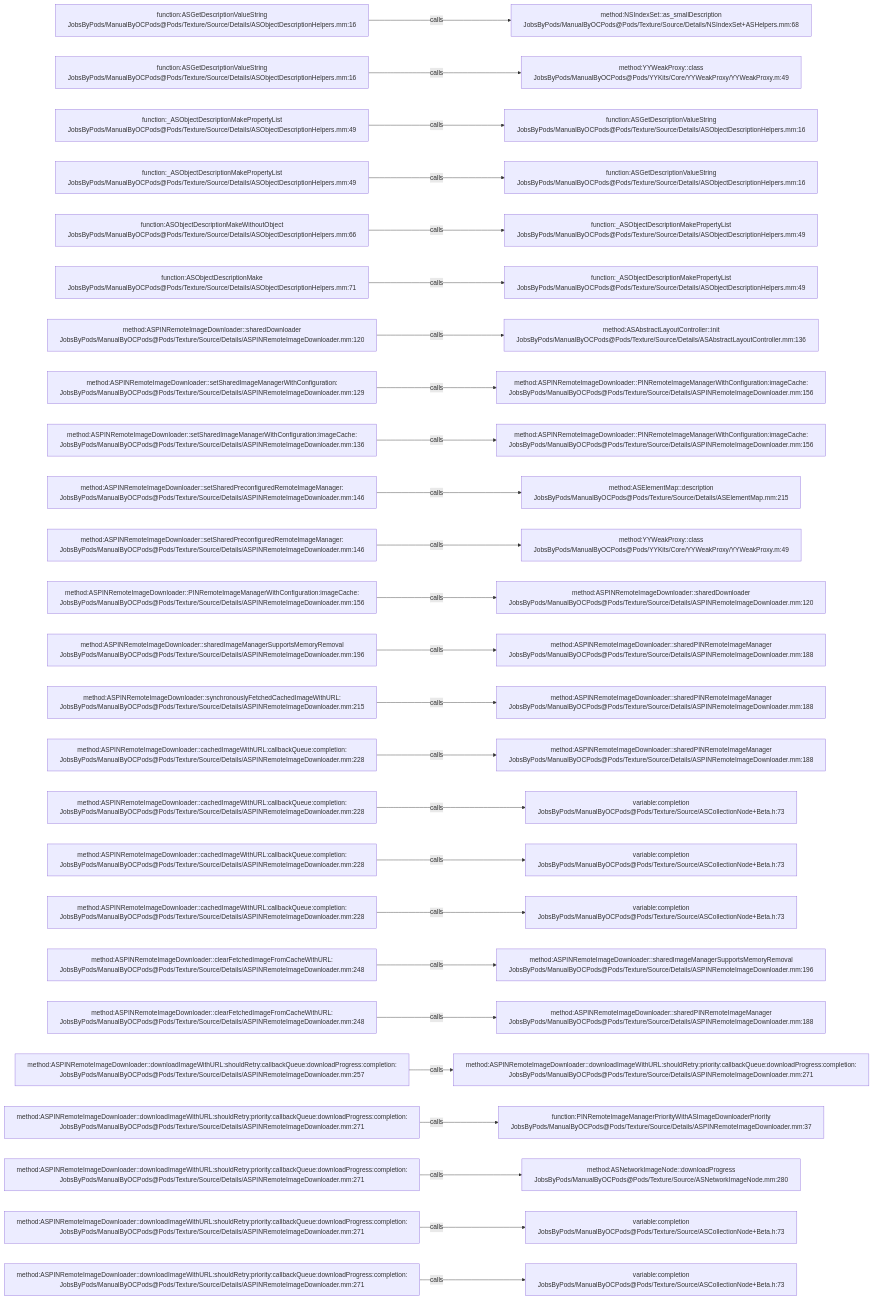
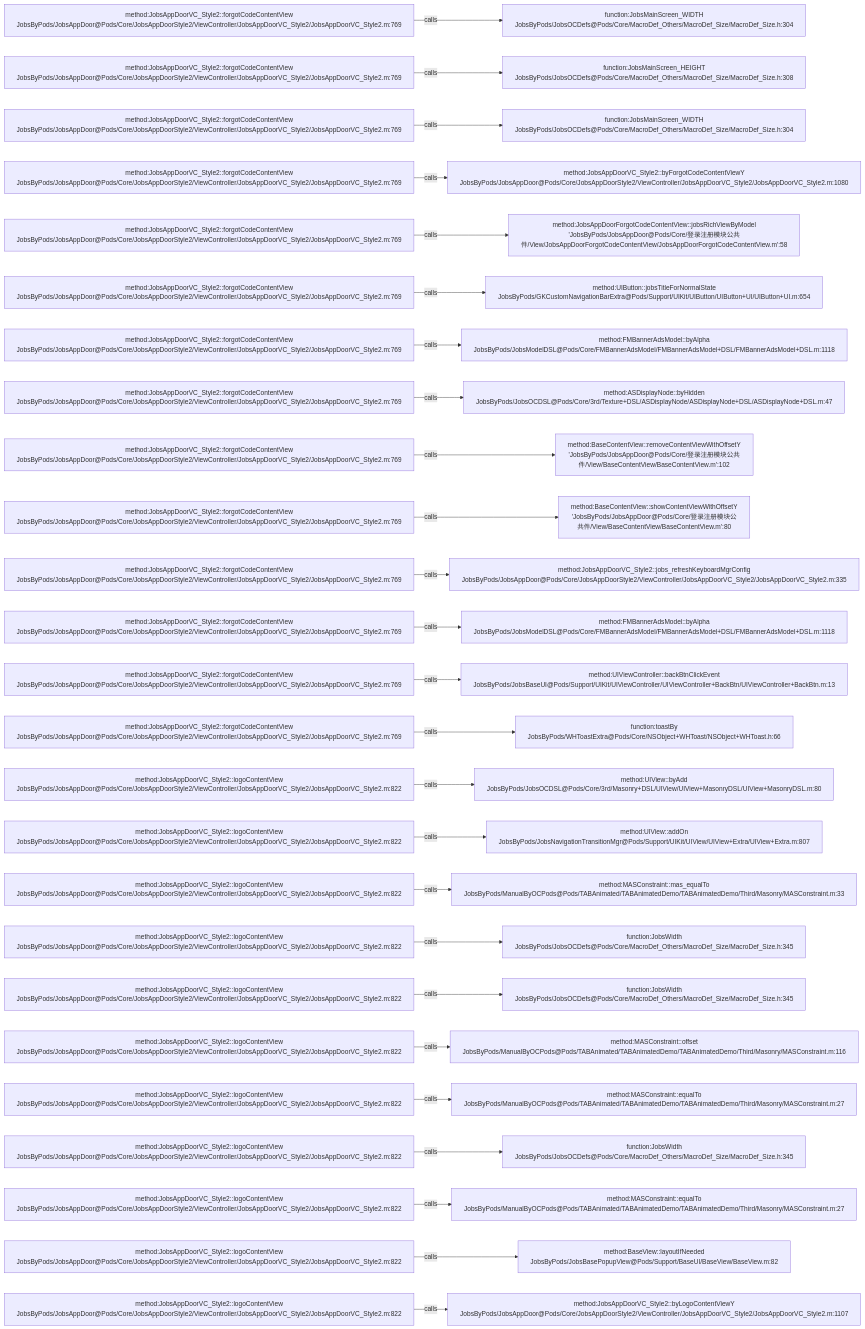
The diagram in .codegraph/codegraph.md/graphs/calls-145.md (JobsKits/JobsOCBaseConfigDemo), drawn with Mermaid before and after one commit. The commit also changed 768 other files, not shown here.

````diff
--- a/.codegraph/codegraph.md/graphs/calls-145.md
+++ b/.codegraph/codegraph.md/graphs/calls-145.md
@@ -13,78 +13,78 @@
 ```mermaid
 flowchart LR
-  S1["function:ASGetDescriptionValueString<br/>JobsByPods/ManualByOCPods@Pods/Texture/Source/Details/ASObjectDescriptionHelpers.mm:16"]
-  T1["method:NSIndexSet::as_smallDescription<br/>JobsByPods/ManualByOCPods@Pods/Texture/Source/Details/NSIndexSet+ASHelpers.mm:68"]
+  S1["method:JobsAppDoorVC_Style2::forgotCodeContentView<br/>JobsByPods/JobsAppDoor@Pods/Core/JobsAppDoorStyle2/ViewController/JobsAppDoorVC_Style2/JobsAppDoorVC_Style2.m:769"]
+  T1["function:JobsMainScreen_WIDTH<br/>JobsByPods/JobsOCDefs@Pods/Core/MacroDef_Others/MacroDef_Size/MacroDef_Size.h:304"]
   S1 -->|calls| T1
-  S2["function:ASGetDescriptionValueString<br/>JobsByPods/ManualByOCPods@Pods/Texture/Source/Details/ASObjectDescriptionHelpers.mm:16"]
-  T2["method:YYWeakProxy::class<br/>JobsByPods/ManualByOCPods@Pods/YYKits/Core/YYWeakProxy/YYWeakProxy.m:49"]
+  S2["method:JobsAppDoorVC_Style2::forgotCodeContentView<br/>JobsByPods/JobsAppDoor@Pods/Core/JobsAppDoorStyle2/ViewController/JobsAppDoorVC_Style2/JobsAppDoorVC_Style2.m:769"]
+  T2["function:JobsMainScreen_HEIGHT<br/>JobsByPods/JobsOCDefs@Pods/Core/MacroDef_Others/MacroDef_Size/MacroDef_Size.h:308"]
   S2 -->|calls| T2
-  S3["function:_ASObjectDescriptionMakePropertyList<br/>JobsByPods/ManualByOCPods@Pods/Texture/Source/Details/ASObjectDescriptionHelpers.mm:49"]
-  T3["function:ASGetDescriptionValueString<br/>JobsByPods/ManualByOCPods@Pods/Texture/Source/Details/ASObjectDescriptionHelpers.mm:16"]
+  S3["method:JobsAppDoorVC_Style2::forgotCodeContentView<br/>JobsByPods/JobsAppDoor@Pods/Core/JobsAppDoorStyle2/ViewController/JobsAppDoorVC_Style2/JobsAppDoorVC_Style2.m:769"]
+  T3["function:JobsMainScreen_WIDTH<br/>JobsByPods/JobsOCDefs@Pods/Core/MacroDef_Others/MacroDef_Size/MacroDef_Size.h:304"]
   S3 -->|calls| T3
-  S4["function:_ASObjectDescriptionMakePropertyList<br/>JobsByPods/ManualByOCPods@Pods/Texture/Source/Details/ASObjectDescriptionHelpers.mm:49"]
-  T4["function:ASGetDescriptionValueString<br/>JobsByPods/ManualByOCPods@Pods/Texture/Source/Details/ASObjectDescriptionHelpers.mm:16"]
+  S4["method:JobsAppDoorVC_Style2::forgotCodeContentView<br/>JobsByPods/JobsAppDoor@Pods/Core/JobsAppDoorStyle2/ViewController/JobsAppDoorVC_Style2/JobsAppDoorVC_Style2.m:769"]
+  T4["method:JobsAppDoorVC_Style2::byForgotCodeContentViewY<br/>JobsByPods/JobsAppDoor@Pods/Core/JobsAppDoorStyle2/ViewController/JobsAppDoorVC_Style2/JobsAppDoorVC_Style2.m:1080"]
   S4 -->|calls| T4
-  S5["function:ASObjectDescriptionMakeWithoutObject<br/>JobsByPods/ManualByOCPods@Pods/Texture/Source/Details/ASObjectDescriptionHelpers.mm:66"]
-  T5["function:_ASObjectDescriptionMakePropertyList<br/>JobsByPods/ManualByOCPods@Pods/Texture/Source/Details/ASObjectDescriptionHelpers.mm:49"]
+  S5["method:JobsAppDoorVC_Style2::forgotCodeContentView<br/>JobsByPods/JobsAppDoor@Pods/Core/JobsAppDoorStyle2/ViewController/JobsAppDoorVC_Style2/JobsAppDoorVC_Style2.m:769"]
+  T5["method:JobsAppDoorForgotCodeContentView::jobsRichViewByModel<br/>'JobsByPods/JobsAppDoor@Pods/Core/登录注册模块公共件/View/JobsAppDoorForgotCodeContentView/JobsAppDoorForgotCodeContentView.m':58"]
   S5 -->|calls| T5
-  S6["function:ASObjectDescriptionMake<br/>JobsByPods/ManualByOCPods@Pods/Texture/Source/Details/ASObjectDescriptionHelpers.mm:71"]
-  T6["function:_ASObjectDescriptionMakePropertyList<br/>JobsByPods/ManualByOCPods@Pods/Texture/Source/Details/ASObjectDescriptionHelpers.mm:49"]
+  S6["method:JobsAppDoorVC_Style2::forgotCodeContentView<br/>JobsByPods/JobsAppDoor@Pods/Core/JobsAppDoorStyle2/ViewController/JobsAppDoorVC_Style2/JobsAppDoorVC_Style2.m:769"]
+  T6["method:UIButton::jobsTitleForNormalState<br/>JobsByPods/GKCustomNavigationBarExtra@Pods/Support/UIKit/UIButton/UIButton+UI/UIButton+UI.m:654"]
   S6 -->|calls| T6
-  S7["method:ASPINRemoteImageDownloader::sharedDownloader<br/>JobsByPods/ManualByOCPods@Pods/Texture/Source/Details/ASPINRemoteImageDownloader.mm:120"]
-  T7["method:ASAbstractLayoutController::init<br/>JobsByPods/ManualByOCPods@Pods/Texture/Source/Details/ASAbstractLayoutController.mm:136"]
+  S7["method:JobsAppDoorVC_Style2::forgotCodeContentView<br/>JobsByPods/JobsAppDoor@Pods/Core/JobsAppDoorStyle2/ViewController/JobsAppDoorVC_Style2/JobsAppDoorVC_Style2.m:769"]
+  T7["method:FMBannerAdsModel::byAlpha<br/>JobsByPods/JobsModelDSL@Pods/Core/FMBannerAdsModel/FMBannerAdsModel+DSL/FMBannerAdsModel+DSL.m:1118"]
   S7 -->|calls| T7
-  S8["method:ASPINRemoteImageDownloader::setSharedImageManagerWithConfiguration:<br/>JobsByPods/ManualByOCPods@Pods/Texture/Source/Details/ASPINRemoteImageDownloader.mm:129"]
-  T8["method:ASPINRemoteImageDownloader::PINRemoteImageManagerWithConfiguration:imageCache:<br/>JobsByPods/ManualByOCPods@Pods/Texture/Source/Details/ASPINRemoteImageDownloader.mm:156"]
+  S8["method:JobsAppDoorVC_Style2::forgotCodeContentView<br/>JobsByPods/JobsAppDoor@Pods/Core/JobsAppDoorStyle2/ViewController/JobsAppDoorVC_Style2/JobsAppDoorVC_Style2.m:769"]
+  T8["method:ASDisplayNode::byHidden<br/>JobsByPods/JobsOCDSL@Pods/Core/3rd/Texture+DSL/ASDisplayNode/ASDisplayNode+DSL/ASDisplayNode+DSL.m:47"]
   S8 -->|calls| T8
-  S9["method:ASPINRemoteImageDownloader::setSharedImageManagerWithConfiguration:imageCache:<br/>JobsByPods/ManualByOCPods@Pods/Texture/Source/Details/ASPINRemoteImageDownloader.mm:136"]
-  T9["method:ASPINRemoteImageDownloader::PINRemoteImageManagerWithConfiguration:imageCache:<br/>JobsByPods/ManualByOCPods@Pods/Texture/Source/Details/ASPINRemoteImageDownloader.mm:156"]
+  S9["method:JobsAppDoorVC_Style2::forgotCodeContentView<br/>JobsByPods/JobsAppDoor@Pods/Core/JobsAppDoorStyle2/ViewController/JobsAppDoorVC_Style2/JobsAppDoorVC_Style2.m:769"]
+  T9["method:BaseContentView::removeContentViewWithOffsetY<br/>'JobsByPods/JobsAppDoor@Pods/Core/登录注册模块公共件/View/BaseContentView/BaseContentView.m':102"]
   S9 -->|calls| T9
-  S10["method:ASPINRemoteImageDownloader::setSharedPreconfiguredRemoteImageManager:<br/>JobsByPods/ManualByOCPods@Pods/Texture/Source/Details/ASPINRemoteImageDownloader.mm:146"]
-  T10["method:ASElementMap::description<br/>JobsByPods/ManualByOCPods@Pods/Texture/Source/Details/ASElementMap.mm:215"]
+  S10["method:JobsAppDoorVC_Style2::forgotCodeContentView<br/>JobsByPods/JobsAppDoor@Pods/Core/JobsAppDoorStyle2/ViewController/JobsAppDoorVC_Style2/JobsAppDoorVC_Style2.m:769"]
+  T10["method:BaseContentView::showContentViewWithOffsetY<br/>'JobsByPods/JobsAppDoor@Pods/Core/登录注册模块公共件/View/BaseContentView/BaseContentView.m':80"]
   S10 -->|calls| T10
-  S11["method:ASPINRemoteImageDownloader::setSharedPreconfiguredRemoteImageManager:<br/>JobsByPods/ManualByOCPods@Pods/Texture/Source/Details/ASPINRemoteImageDownloader.mm:146"]
-  T11["method:YYWeakProxy::class<br/>JobsByPods/ManualByOCPods@Pods/YYKits/Core/YYWeakProxy/YYWeakProxy.m:49"]
+  S11["method:JobsAppDoorVC_Style2::forgotCodeContentView<br/>JobsByPods/JobsAppDoor@Pods/Core/JobsAppDoorStyle2/ViewController/JobsAppDoorVC_Style2/JobsAppDoorVC_Style2.m:769"]
+  T11["method:JobsAppDoorVC_Style2::jobs_refreshKeyboardMgrConfig<br/>JobsByPods/JobsAppDoor@Pods/Core/JobsAppDoorStyle2/ViewController/JobsAppDoorVC_Style2/JobsAppDoorVC_Style2.m:335"]
   S11 -->|calls| T11
-  S12["method:ASPINRemoteImageDownloader::PINRemoteImageManagerWithConfiguration:imageCache:<br/>JobsByPods/ManualByOCPods@Pods/Texture/Source/Details/ASPINRemoteImageDownloader.mm:156"]
-  T12["method:ASPINRemoteImageDownloader::sharedDownloader<br/>JobsByPods/ManualByOCPods@Pods/Texture/Source/Details/ASPINRemoteImageDownloader.mm:120"]
+  S12["method:JobsAppDoorVC_Style2::forgotCodeContentView<br/>JobsByPods/JobsAppDoor@Pods/Core/JobsAppDoorStyle2/ViewController/JobsAppDoorVC_Style2/JobsAppDoorVC_Style2.m:769"]
+  T12["method:FMBannerAdsModel::byAlpha<br/>JobsByPods/JobsModelDSL@Pods/Core/FMBannerAdsModel/FMBannerAdsModel+DSL/FMBannerAdsModel+DSL.m:1118"]
   S12 -->|calls| T12
-  S13["method:ASPINRemoteImageDownloader::sharedImageManagerSupportsMemoryRemoval<br/>JobsByPods/ManualByOCPods@Pods/Texture/Source/Details/ASPINRemoteImageDownloader.mm:196"]
-  T13["method:ASPINRemoteImageDownloader::sharedPINRemoteImageManager<br/>JobsByPods/ManualByOCPods@Pods/Texture/Source/Details/ASPINRemoteImageDownloader.mm:188"]
+  S13["method:JobsAppDoorVC_Style2::forgotCodeContentView<br/>JobsByPods/JobsAppDoor@Pods/Core/JobsAppDoorStyle2/ViewController/JobsAppDoorVC_Style2/JobsAppDoorVC_Style2.m:769"]
+  T13["method:UIViewController::backBtnClickEvent<br/>JobsByPods/JobsBaseUI@Pods/Support/UIKit/UIViewController/UIViewController+BackBtn/UIViewController+BackBtn.m:13"]
   S13 -->|calls| T13
-  S14["method:ASPINRemoteImageDownloader::synchronouslyFetchedCachedImageWithURL:<br/>JobsByPods/ManualByOCPods@Pods/Texture/Source/Details/ASPINRemoteImageDownloader.mm:215"]
-  T14["method:ASPINRemoteImageDownloader::sharedPINRemoteImageManager<br/>JobsByPods/ManualByOCPods@Pods/Texture/Source/Details/ASPINRemoteImageDownloader.mm:188"]
+  S14["method:JobsAppDoorVC_Style2::forgotCodeContentView<br/>JobsByPods/JobsAppDoor@Pods/Core/JobsAppDoorStyle2/ViewController/JobsAppDoorVC_Style2/JobsAppDoorVC_Style2.m:769"]
+  T14["function:toastBy<br/>JobsByPods/WHToastExtra@Pods/Core/NSObject+WHToast/NSObject+WHToast.h:66"]
   S14 -->|calls| T14
-  S15["method:ASPINRemoteImageDownloader::cachedImageWithURL:callbackQueue:completion:<br/>JobsByPods/ManualByOCPods@Pods/Texture/Source/Details/ASPINRemoteImageDownloader.mm:228"]
-  T15["method:ASPINRemoteImageDownloader::sharedPINRemoteImageManager<br/>JobsByPods/ManualByOCPods@Pods/Texture/Source/Details/ASPINRemoteImageDownloader.mm:188"]
+  S15["method:JobsAppDoorVC_Style2::logoContentView<br/>JobsByPods/JobsAppDoor@Pods/Core/JobsAppDoorStyle2/ViewController/JobsAppDoorVC_Style2/JobsAppDoorVC_Style2.m:822"]
+  T15["method:UIView::byAdd<br/>JobsByPods/JobsOCDSL@Pods/Core/3rd/Masonry+DSL/UIView/UIView+MasonryDSL/UIView+MasonryDSL.m:80"]
   S15 -->|calls| T15
-  S16["method:ASPINRemoteImageDownloader::cachedImageWithURL:callbackQueue:completion:<br/>JobsByPods/ManualByOCPods@Pods/Texture/Source/Details/ASPINRemoteImageDownloader.mm:228"]
-  T16["variable:completion<br/>JobsByPods/ManualByOCPods@Pods/Texture/Source/ASCollectionNode+Beta.h:73"]
+  S16["method:JobsAppDoorVC_Style2::logoContentView<br/>JobsByPods/JobsAppDoor@Pods/Core/JobsAppDoorStyle2/ViewController/JobsAppDoorVC_Style2/JobsAppDoorVC_Style2.m:822"]
+  T16["method:UIView::addOn<br/>JobsByPods/JobsNavigationTransitionMgr@Pods/Support/UIKit/UIView/UIView+Extra/UIView+Extra.m:807"]
   S16 -->|calls| T16
-  S17["method:ASPINRemoteImageDownloader::cachedImageWithURL:callbackQueue:completion:<br/>JobsByPods/ManualByOCPods@Pods/Texture/Source/Details/ASPINRemoteImageDownloader.mm:228"]
-  T17["variable:completion<br/>JobsByPods/ManualByOCPods@Pods/Texture/Source/ASCollectionNode+Beta.h:73"]
+  S17["method:JobsAppDoorVC_Style2::logoContentView<br/>JobsByPods/JobsAppDoor@Pods/Core/JobsAppDoorStyle2/ViewController/JobsAppDoorVC_Style2/JobsAppDoorVC_Style2.m:822"]
+  T17["method:MASConstraint::mas_equalTo<br/>JobsByPods/ManualByOCPods@Pods/TABAnimated/TABAnimatedDemo/TABAnimatedDemo/Third/Masonry/MASConstraint.m:33"]
   S17 -->|calls| T17
-  S18["method:ASPINRemoteImageDownloader::cachedImageWithURL:callbackQueue:completion:<br/>JobsByPods/ManualByOCPods@Pods/Texture/Source/Details/ASPINRemoteImageDownloader.mm:228"]
-  T18["variable:completion<br/>JobsByPods/ManualByOCPods@Pods/Texture/Source/ASCollectionNode+Beta.h:73"]
+  S18["method:JobsAppDoorVC_Style2::logoContentView<br/>JobsByPods/JobsAppDoor@Pods/Core/JobsAppDoorStyle2/ViewController/JobsAppDoorVC_Style2/JobsAppDoorVC_Style2.m:822"]
+  T18["function:JobsWidth<br/>JobsByPods/JobsOCDefs@Pods/Core/MacroDef_Others/MacroDef_Size/MacroDef_Size.h:345"]
   S18 -->|calls| T18
-  S19["method:ASPINRemoteImageDownloader::clearFetchedImageFromCacheWithURL:<br/>JobsByPods/ManualByOCPods@Pods/Texture/Source/Details/ASPINRemoteImageDownloader.mm:248"]
-  T19["method:ASPINRemoteImageDownloader::sharedImageManagerSupportsMemoryRemoval<br/>JobsByPods/ManualByOCPods@Pods/Texture/Source/Details/ASPINRemoteImageDownloader.mm:196"]
+  S19["method:JobsAppDoorVC_Style2::logoContentView<br/>JobsByPods/JobsAppDoor@Pods/Core/JobsAppDoorStyle2/ViewController/JobsAppDoorVC_Style2/JobsAppDoorVC_Style2.m:822"]
+  T19["function:JobsWidth<br/>JobsByPods/JobsOCDefs@Pods/Core/MacroDef_Others/MacroDef_Size/MacroDef_Size.h:345"]
   S19 -->|calls| T19
-  S20["method:ASPINRemoteImageDownloader::clearFetchedImageFromCacheWithURL:<br/>JobsByPods/ManualByOCPods@Pods/Texture/Source/Details/ASPINRemoteImageDownloader.mm:248"]
-  T20["method:ASPINRemoteImageDownloader::sharedPINRemoteImageManager<br/>JobsByPods/ManualByOCPods@Pods/Texture/Source/Details/ASPINRemoteImageDownloader.mm:188"]
+  S20["method:JobsAppDoorVC_Style2::logoContentView<br/>JobsByPods/JobsAppDoor@Pods/Core/JobsAppDoorStyle2/ViewController/JobsAppDoorVC_Style2/JobsAppDoorVC_Style2.m:822"]
+  T20["method:MASConstraint::offset<br/>JobsByPods/ManualByOCPods@Pods/TABAnimated/TABAnimatedDemo/TABAnimatedDemo/Third/Masonry/MASConstraint.m:116"]
   S20 -->|calls| T20
-  S21["method:ASPINRemoteImageDownloader::downloadImageWithURL:shouldRetry:callbackQueue:downloadProgress:completion:<br/>JobsByPods/ManualByOCPods@Pods/Texture/Source/Details/ASPINRemoteImageDownloader.mm:257"]
-  T21["method:ASPINRemoteImageDownloader::downloadImageWithURL:shouldRetry:priority:callbackQueue:downloadProgress:completion:<br/>JobsByPods/ManualByOCPods@Pods/Texture/Source/Details/ASPINRemoteImageDownloader.mm:271"]
+  S21["method:JobsAppDoorVC_Style2::logoContentView<br/>JobsByPods/JobsAppDoor@Pods/Core/JobsAppDoorStyle2/ViewController/JobsAppDoorVC_Style2/JobsAppDoorVC_Style2.m:822"]
+  T21["method:MASConstraint::equalTo<br/>JobsByPods/ManualByOCPods@Pods/TABAnimated/TABAnimatedDemo/TABAnimatedDemo/Third/Masonry/MASConstraint.m:27"]
   S21 -->|calls| T21
-  S22["method:ASPINRemoteImageDownloader::downloadImageWithURL:shouldRetry:priority:callbackQueue:downloadProgress:completion:<br/>JobsByPods/ManualByOCPods@Pods/Texture/Source/Details/ASPINRemoteImageDownloader.mm:271"]
-  T22["function:PINRemoteImageManagerPriorityWithASImageDownloaderPriority<br/>JobsByPods/ManualByOCPods@Pods/Texture/Source/Details/ASPINRemoteImageDownloader.mm:37"]
+  S22["method:JobsAppDoorVC_Style2::logoContentView<br/>JobsByPods/JobsAppDoor@Pods/Core/JobsAppDoorStyle2/ViewController/JobsAppDoorVC_Style2/JobsAppDoorVC_Style2.m:822"]
+  T22["function:JobsWidth<br/>JobsByPods/JobsOCDefs@Pods/Core/MacroDef_Others/MacroDef_Size/MacroDef_Size.h:345"]
   S22 -->|calls| T22
-  S23["method:ASPINRemoteImageDownloader::downloadImageWithURL:shouldRetry:priority:callbackQueue:downloadProgress:completion:<br/>JobsByPods/ManualByOCPods@Pods/Texture/Source/Details/ASPINRemoteImageDownloader.mm:271"]
-  T23["method:ASNetworkImageNode::downloadProgress<br/>JobsByPods/ManualByOCPods@Pods/Texture/Source/ASNetworkImageNode.mm:280"]
+  S23["method:JobsAppDoorVC_Style2::logoContentView<br/>JobsByPods/JobsAppDoor@Pods/Core/JobsAppDoorStyle2/ViewController/JobsAppDoorVC_Style2/JobsAppDoorVC_Style2.m:822"]
+  T23["method:MASConstraint::equalTo<br/>JobsByPods/ManualByOCPods@Pods/TABAnimated/TABAnimatedDemo/TABAnimatedDemo/Third/Masonry/MASConstraint.m:27"]
   S23 -->|calls| T23
-  S24["method:ASPINRemoteImageDownloader::downloadImageWithURL:shouldRetry:priority:callbackQueue:downloadProgress:completion:<br/>JobsByPods/ManualByOCPods@Pods/Texture/Source/Details/ASPINRemoteImageDownloader.mm:271"]
-  T24["variable:completion<br/>JobsByPods/ManualByOCPods@Pods/Texture/Source/ASCollectionNode+Beta.h:73"]
+  S24["method:JobsAppDoorVC_Style2::logoContentView<br/>JobsByPods/JobsAppDoor@Pods/Core/JobsAppDoorStyle2/ViewController/JobsAppDoorVC_Style2/JobsAppDoorVC_Style2.m:822"]
+  T24["method:BaseView::layoutIfNeeded<br/>JobsByPods/JobsBasePopupView@Pods/Support/BaseUI/BaseView/BaseView.m:82"]
   S24 -->|calls| T24
-  S25["method:ASPINRemoteImageDownloader::downloadImageWithURL:shouldRetry:priority:callbackQueue:downloadProgress:completion:<br/>JobsByPods/ManualByOCPods@Pods/Texture/Source/Details/ASPINRemoteImageDownloader.mm:271"]
-  T25["variable:completion<br/>JobsByPods/ManualByOCPods@Pods/Texture/Source/ASCollectionNode+Beta.h:73"]
+  S25["method:JobsAppDoorVC_Style2::logoContentView<br/>JobsByPods/JobsAppDoor@Pods/Core/JobsAppDoorStyle2/ViewController/JobsAppDoorVC_Style2/JobsAppDoorVC_Style2.m:822"]
+  T25["method:JobsAppDoorVC_Style2::byLogoContentViewY<br/>JobsByPods/JobsAppDoor@Pods/Core/JobsAppDoorStyle2/ViewController/JobsAppDoorVC_Style2/JobsAppDoorVC_Style2.m:1107"]
   S25 -->|calls| T25
 ```
````
